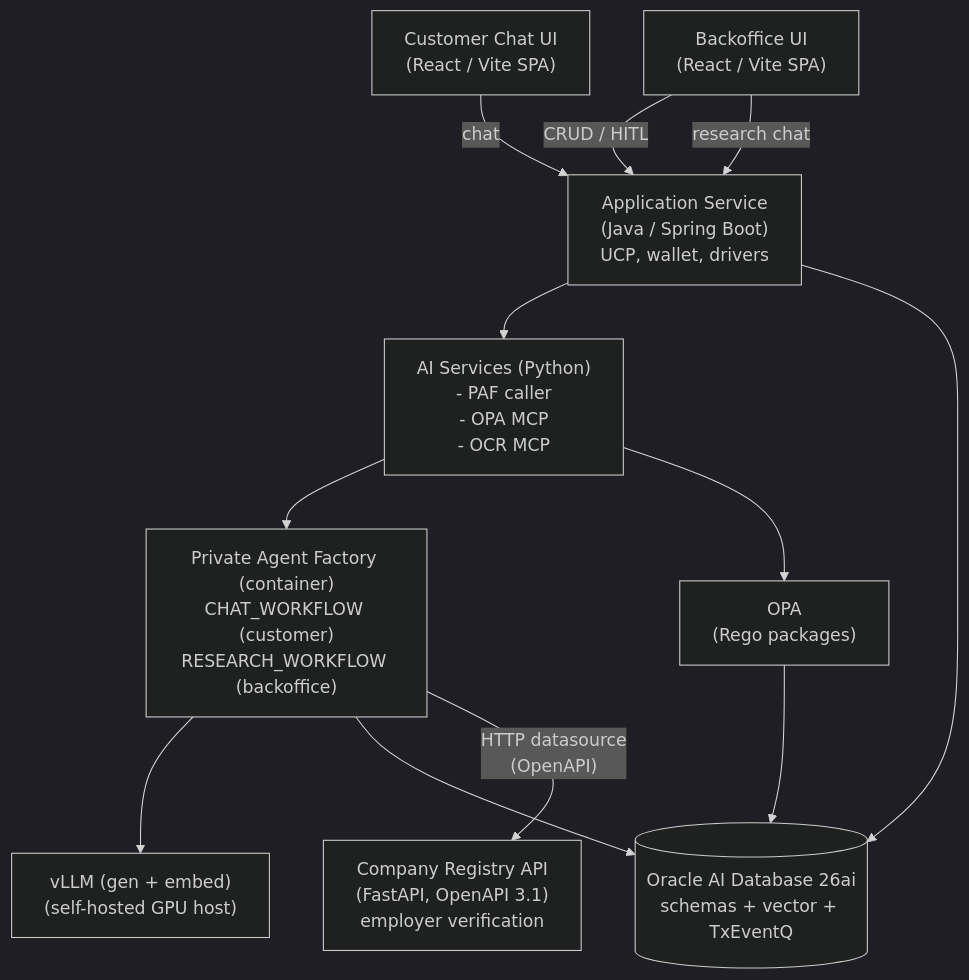
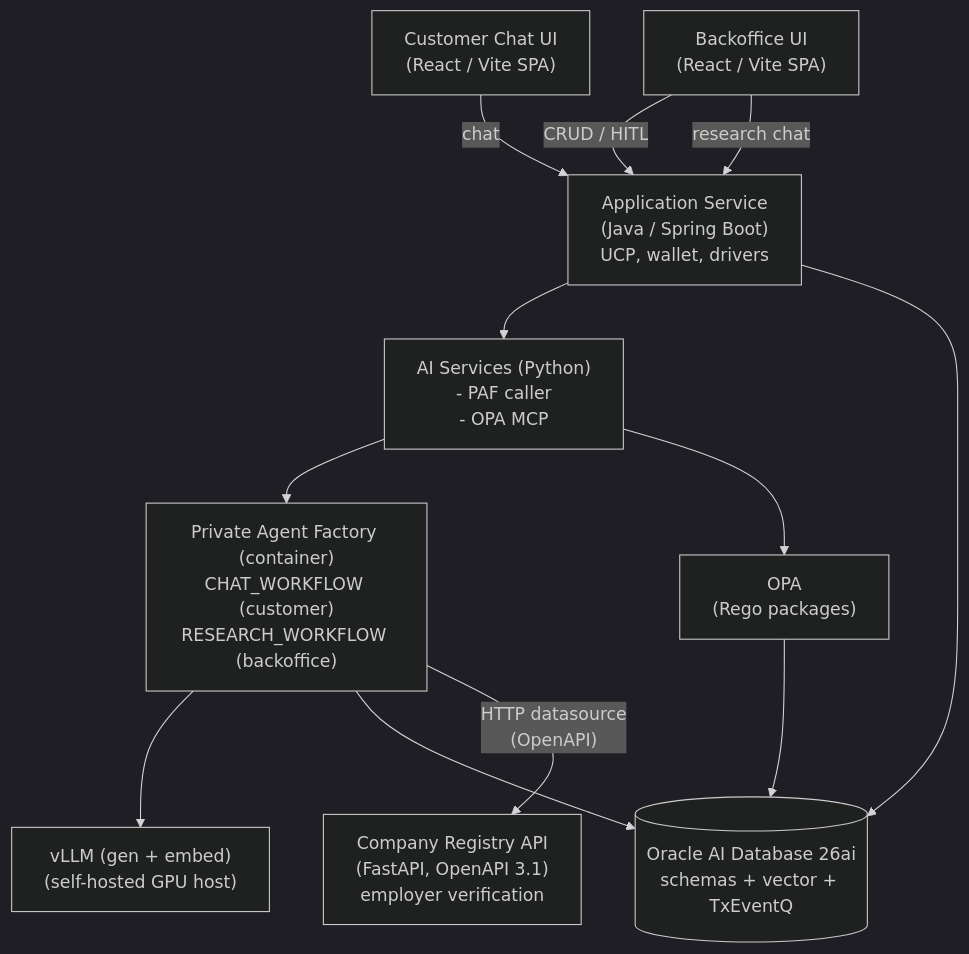
Before and after one commit to vmleon/oracle-database-private-agent-factory-poc: the diagram in docs/DESIGN.md, drawn with Mermaid (dark theme). The commit also changed other lines of this file and 10 other files, not shown here.

````diff
--- a/docs/DESIGN.md
+++ b/docs/DESIGN.md
@@ -41,24 +41,24 @@
 ```mermaid
 flowchart TB
     customer["Customer Chat UI<br/>(React / Vite SPA)"]
     backoffice["Backoffice UI<br/>(React / Vite SPA)"]
     appsvc["Application Service<br/>(Java / Spring Boot)<br/>UCP, wallet, drivers"]
-    ai["AI Services (Python)<br/>- PAF caller<br/>- OPA MCP<br/>- OCR MCP"]
+    ai["AI Services (Python)<br/>- PAF caller<br/>- OPA MCP"]
     registry["Company Registry API<br/>(FastAPI, OpenAPI 3.1)<br/>employer verification"]
     paf["Private Agent Factory (container)<br/>CHAT_WORKFLOW (customer)<br/>RESEARCH_WORKFLOW (backoffice)"]
     opa["OPA<br/>(Rego packages)"]
     vllm["vLLM (gen + embed)<br/>(self-hosted GPU host)"]
     db[("Oracle AI Database 26ai<br/>schemas + vector + TxEventQ")]
 
     customer -- chat --> appsvc
     backoffice -- "CRUD / HITL" --> appsvc
     backoffice -- "research chat" --> appsvc
     appsvc --> ai
     ai --> paf
     ai --> opa
     paf --> vllm
     paf --> db
     paf -- "HTTP datasource<br/>(OpenAPI)" --> registry
     opa --> db
     appsvc --> db
 ```
````
